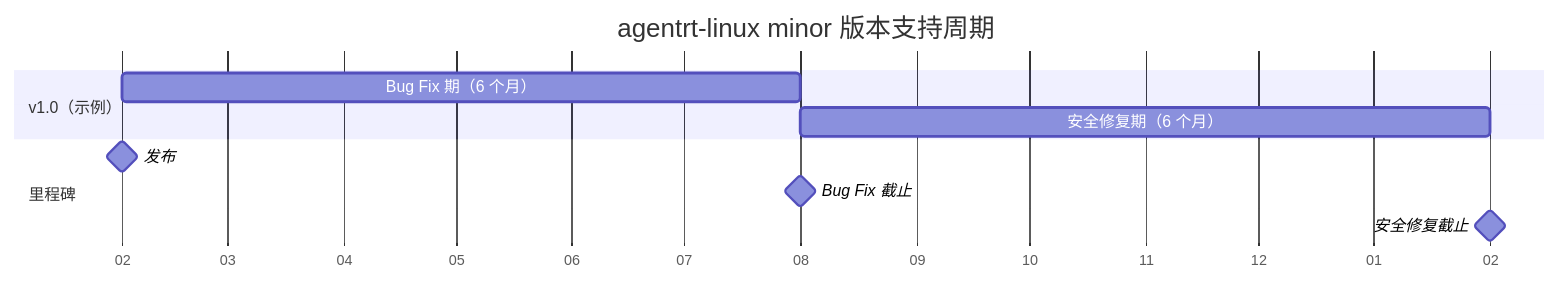
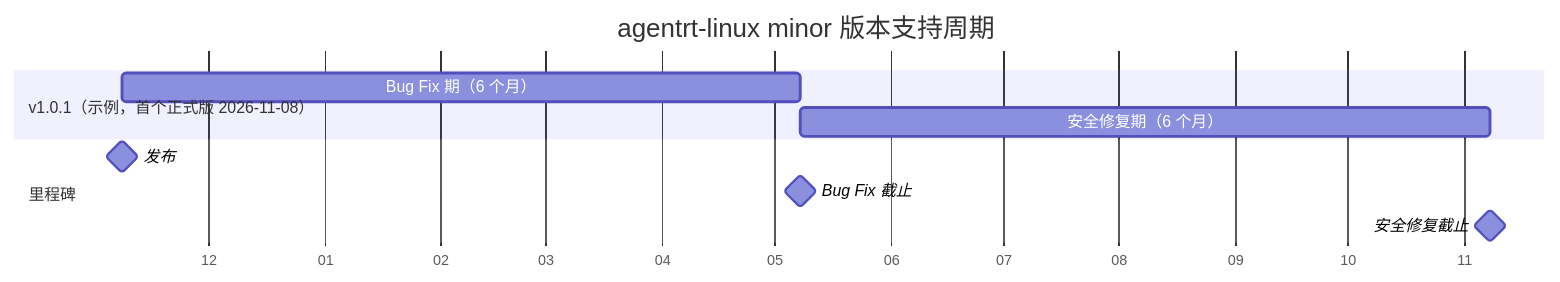
The third of 3 diagrams in AirymaxOS/120-development-process/05-stable-releases.md (openairymax/docs), drawn with Mermaid before and after one commit. The commit also changed other lines of this file and 135 other files, not shown here.

````diff
--- a/AirymaxOS/120-development-process/05-stable-releases.md
+++ b/AirymaxOS/120-development-process/05-stable-releases.md
@@ -371,13 +371,13 @@
 ```mermaid
 gantt
     title agentrt-linux minor 版本支持周期
     dateFormat YYYY-MM-DD
     axisFormat %m
-    section v1.0（示例）
-    Bug Fix 期（6 个月） :2026-02-01, 6M
-    安全修复期（6 个月） :2026-08-01, 6M
+    section v1.0.1（示例，首个正式版 2026-11-08）
+    Bug Fix 期（6 个月） :2026-11-08, 6M
+    安全修复期（6 个月） :2027-05-08, 6M
     section 里程碑
-    发布 :milestone, 2026-02-01, 0d
-    Bug Fix 截止 :milestone, 2026-08-01, 0d
-    安全修复截止 :milestone, 2027-02-01, 0d
+    发布 :milestone, 2026-11-08, 0d
+    Bug Fix 截止 :milestone, 2027-05-08, 0d
+    安全修复截止 :milestone, 2027-11-08, 0d
 ```
````
